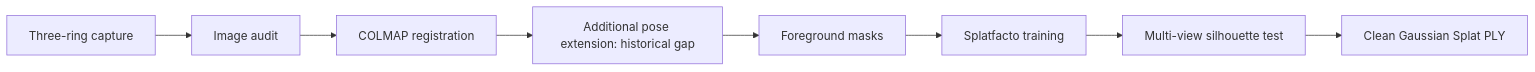
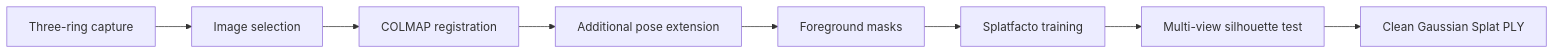
One commit to raccoon663/close-range-object-reconstruction-3dgs changed the diagram in README.md. Above: the diagram before and after it, drawn with Mermaid. The commit also changed other lines of this file and 7 other files, not shown here.

````diff
--- a/README.md
+++ b/README.md
@@ -64,10 +62,10 @@
 ```mermaid
 flowchart LR
-    A[Three-ring capture] --> B[Image audit]
+    A[Three-ring capture] --> B[Image selection]
     B --> C[COLMAP registration]
-    C --> H[Additional pose extension: historical gap]
+    C --> H[Additional pose extension]
     H --> D[Foreground masks]
     D --> E[Splatfacto training]
     E --> F[Multi-view silhouette test]
     F --> G[Clean Gaussian Splat PLY]
 ```
````
